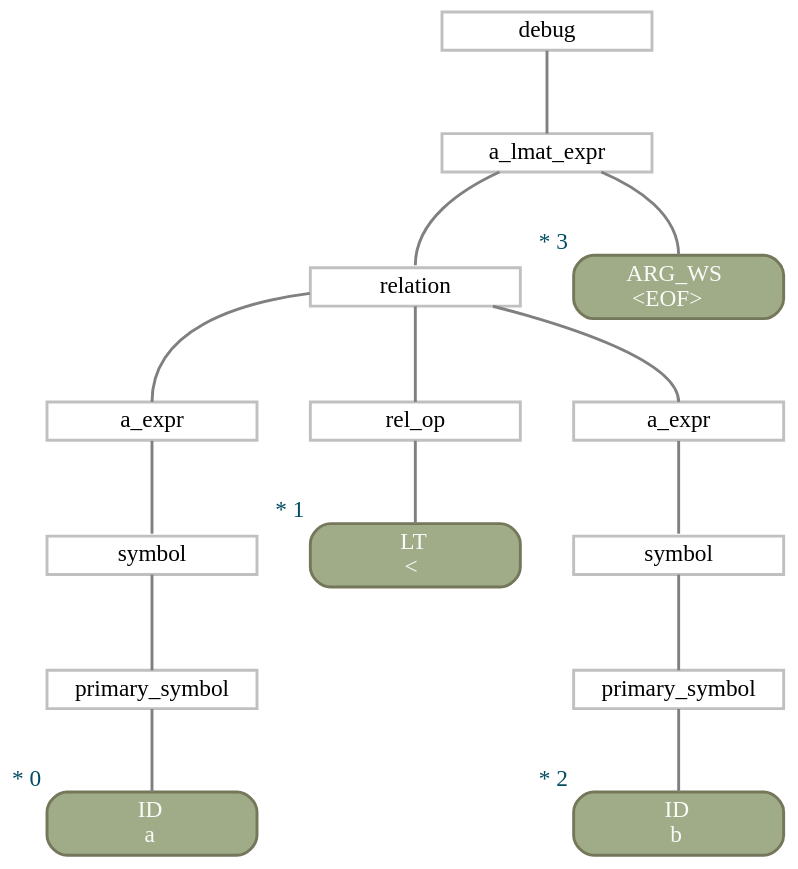
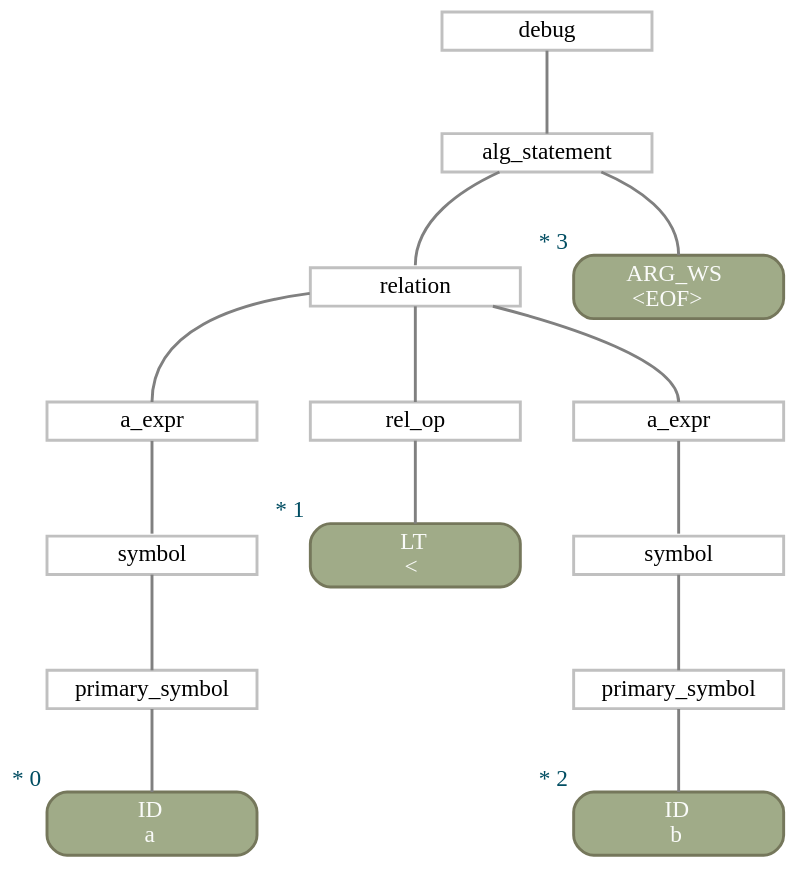
Before and after one commit to zarstensen/obsidian-latex-math: the diagram in lmat-cas-client/out.dot, drawn with Graphviz. The commit also changed 3 other files, not shown here.

```diff
--- a/lmat-cas-client/out.dot
+++ b/lmat-cas-client/out.dot
@@ -1,45 +1,45 @@
 digraph "Parse Tree" {
 rankdir=TB;
 splines=true;
 nodesep=0.45;
 ranksep=0.7;
 pad=0.0;
 ordering=out;
 subgraph {
 node [shape=box, margin="0,0.05", height=0, width=1.75, style=filled, fillcolor="#FFFFFF", color="#C0C0C0", penwidth=1.75];
 1 [label="primary_symbol"];
 2 [label=symbol];
 3 [label="a_expr"];
 5 [label="rel_op"];
 7 [label="primary_symbol"];
 8 [label=symbol];
 9 [label="a_expr"];
 10 [label=relation];
-12 [label="a_lmat_expr"];
+12 [label="alg_statement"];
 13 [label=debug];
 }
 subgraph {
 node [shape=box, margin="0,0.05", height=0, width=1.75, style="filled,rounded", fillcolor="#A0AB88", color="#75775B", penwidth=1.75, fontcolor="#FAFBF9"];
 0 [label=<ID<br/><font fontname="monospace">a</font>>, xlabel=<<font color="#004D62">* 0</font>>];
 4 [label=<LT<br/><font fontname="monospace">&lt;</font>>, xlabel=<<font color="#004D62">* 1</font>>];
 6 [label=<ID<br/><font fontname="monospace">b</font>>, xlabel=<<font color="#004D62">* 2</font>>];
 11 [label=<ARG_WS<br/><font fontname="monospace">&lt;EOF&gt;</font>>, xlabel=<<font color="#004D62">* 3</font>>];
 }
 subgraph {
 node [shape=box, margin="0,0.05", height=0, width=1.75, style="filled,rounded", fillcolor="#DD8F7D", color="#BC6A7A", penwidth=1.75, fontcolor="#FAFBF9"];
 }
 edge [arrowhead=none, headport=n, color="#808080", penwidth=1.75];
 1 -> 0;
 2 -> 1;
 3 -> 2;
 5 -> 4;
 7 -> 6;
 8 -> 7;
 9 -> 8;
 10 -> 3;
 10 -> 5;
 10 -> 9;
 12 -> 10;
 12 -> 11;
 13 -> 12;
 }
```
